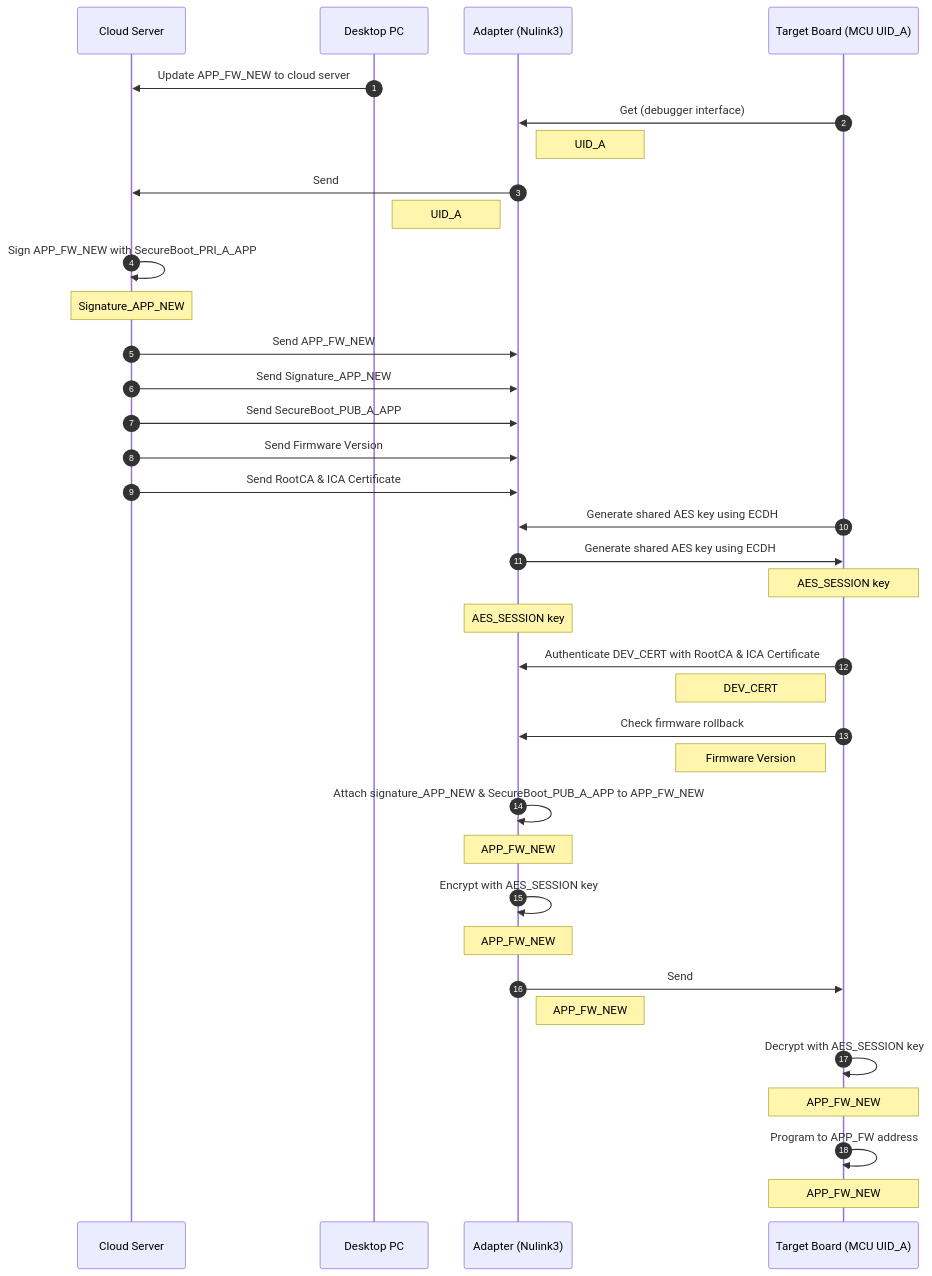
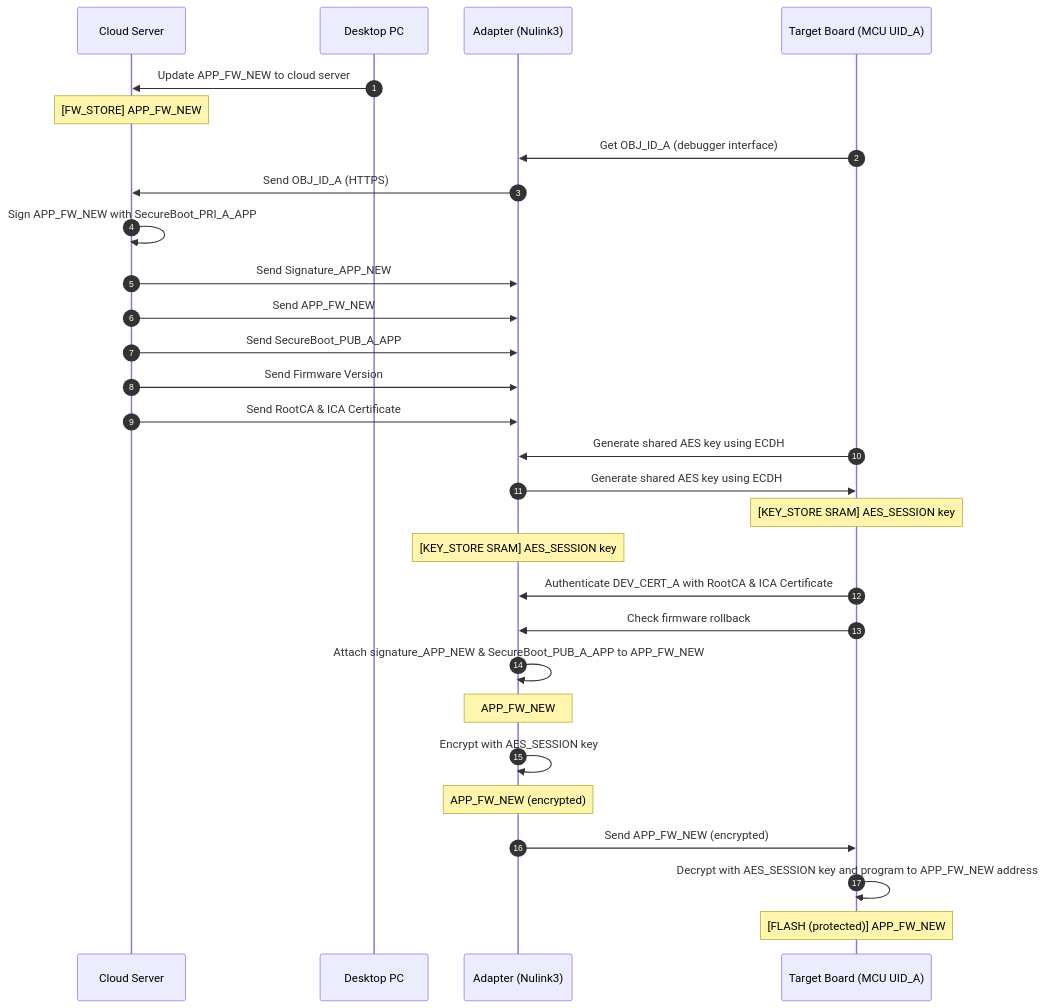
The diagram in 6. firmware_upgrade.md (ccma1120/NuSEC_System), drawn with Mermaid before and after one commit.

Commit message:
Update 6. firmware_upgrade.md

````diff
--- a/6. firmware_upgrade.md
+++ b/6. firmware_upgrade.md
@@ -1,44 +1,36 @@
 ```mermaid
 sequenceDiagram
     autonumber
     participant c as Cloud Server
     participant d as Desktop PC
     participant a as Adapter (Nulink3)
     participant t as Target Board (MCU UID_A)
 
     d ->> c : Update APP_FW_NEW to cloud server
-    t ->> a : Get (debugger interface)
-    Note right of a: UID_A
-    a ->> c : Send
-    Note left of a: UID_A
-
+    Note over c: [FW_STORE] APP_FW_NEW
+    t ->> a : Get OBJ_ID_A (debugger interface)
+    a ->> c : Send OBJ_ID_A (HTTPS)
     
     c ->> c : Sign APP_FW_NEW with SecureBoot_PRI_A_APP
-    Note over c : Signature_APP_NEW
+    c ->> a : Send Signature_APP_NEW
     c ->> a : Send APP_FW_NEW
-    c ->> a : Send Signature_APP_NEW
     c ->> a : Send SecureBoot_PUB_A_APP
     c ->> a : Send Firmware Version
     c ->> a : Send RootCA & ICA Certificate
     
     %% ECDH
     t ->> a: Generate shared AES key using ECDH
     a ->> t: Generate shared AES key using ECDH
-    Note over t: AES_SESSION key
-    Note over a: AES_SESSION key
+    Note over t: [KEY_STORE SRAM] AES_SESSION key
+    Note over a: [KEY_STORE SRAM] AES_SESSION key
 
-    t ->> a: Authenticate DEV_CERT with RootCA & ICA Certificate
-    Note left of t: DEV_CERT
+    t ->> a: Authenticate DEV_CERT_A with RootCA & ICA Certificate
     t ->> a: Check firmware rollback
-    Note left of t: Firmware Version
     a ->> a: Attach signature_APP_NEW & SecureBoot_PUB_A_APP to APP_FW_NEW
     Note over a: APP_FW_NEW
     a ->> a: Encrypt with AES_SESSION key
-    Note over a: APP_FW_NEW
-    a ->> t: Send
-    Note right of a: APP_FW_NEW
-    t ->> t: Decrypt with AES_SESSION key
-    Note over t: APP_FW_NEW
-    t ->> t: Program to APP_FW address
-    Note over t: APP_FW_NEW
+    Note over a: APP_FW_NEW (encrypted)
+    a ->> t: Send APP_FW_NEW (encrypted)
+    t ->> t: Decrypt with AES_SESSION key and program to APP_FW_NEW address
+    Note over t: [FLASH (protected)] APP_FW_NEW
 ```
````
